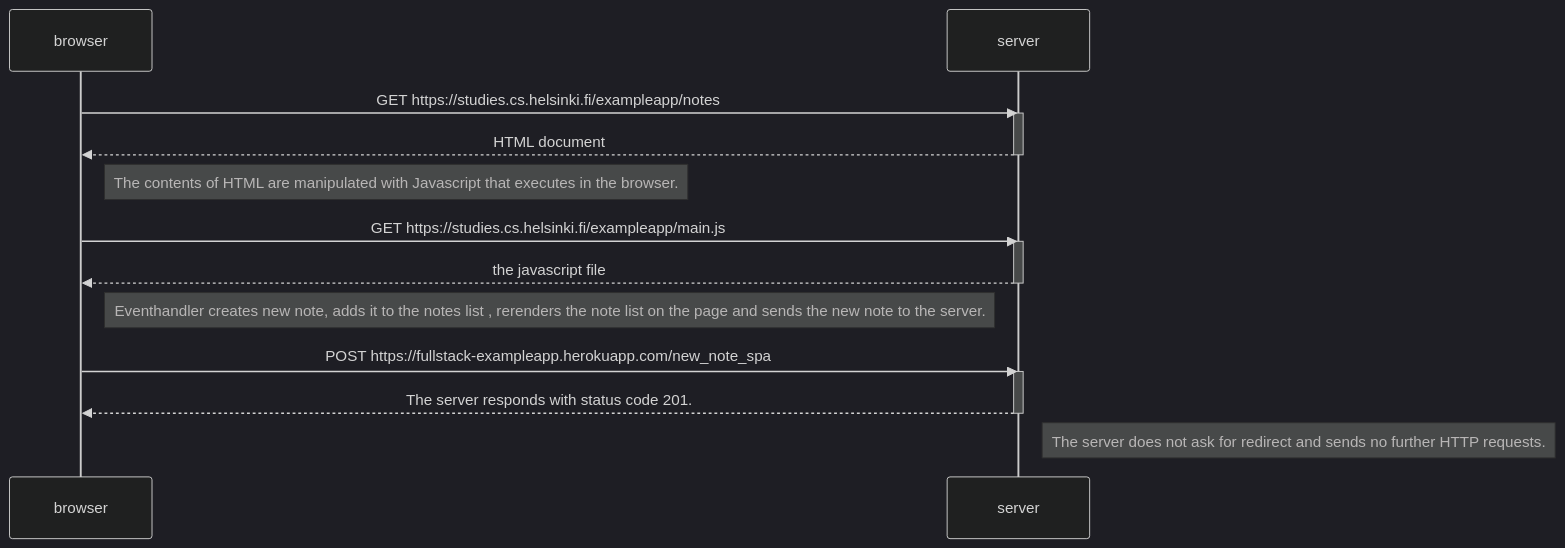
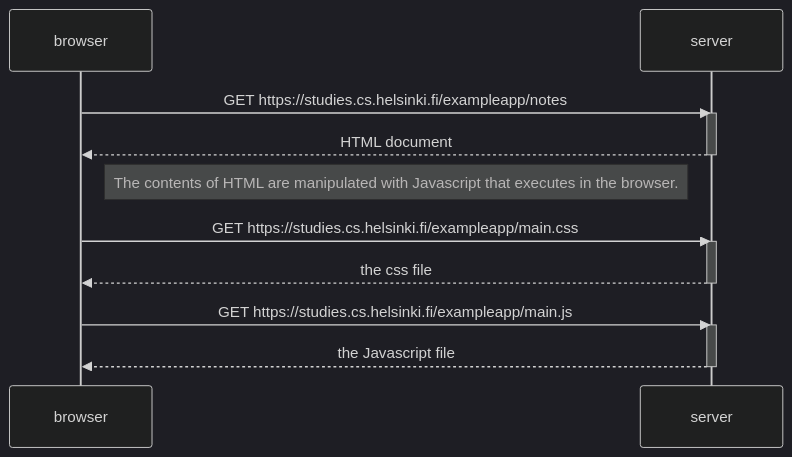
The diagram in Part_0/Exercise0.5/README.md (rishu2132/Fullstack), drawn with Mermaid (dark theme) before and after one commit.

Commit message:
exercise 0.5

````diff
--- a/Part_0/Exercise0.5/README.md
+++ b/Part_0/Exercise0.5/README.md
@@ -1,27 +1,25 @@
 ```mermaid
     sequenceDiagram
     participant browser
     participant server
 
     browser->>server: GET https://studies.cs.helsinki.fi/exampleapp/notes
     activate server
     server-->>browser: HTML document
     deactivate server
 
     Note right of browser: The contents of HTML are manipulated with Javascript that executes in the browser.
 
+
+    browser->>server: GET https://studies.cs.helsinki.fi/exampleapp/main.css
+    activate server
+    server-->>browser: the css file
+    deactivate server
+
     browser->>server: GET https://studies.cs.helsinki.fi/exampleapp/main.js
     activate server
-    server-->>browser: the javascript file
+    server-->>browser: the Javascript file
     deactivate server
 
-    Note right of browser: Eventhandler creates new note, adds it to the notes list , rerenders the note list on the page and sends the new note to the server.
-
-    browser->>server: POST https://fullstack-exampleapp.herokuapp.com/new_note_spa
-    activate server
-    server-->>browser: The server responds with status code 201.
-    deactivate server
-
-    Note right of server: The server does not ask for redirect  and sends no further HTTP requests.
-    
+  
 ```
````
